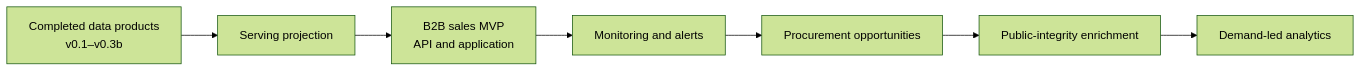
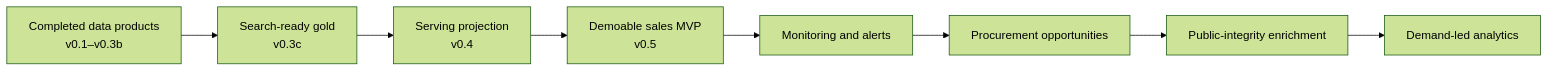
One commit to sergiorf/atlas changed the second of 2 diagrams in docs/atlas_unified_plan.md. Above: the diagram before and after it, drawn with Mermaid (forest theme). The commit also changed other lines of this file and 4 other files, not shown here.

````diff
--- a/docs/atlas_unified_plan.md
+++ b/docs/atlas_unified_plan.md
@@ -346,9 +356,10 @@
 ```mermaid
 flowchart LR
-    A["Completed data products<br/>v0.1–v0.3b"] --> B["Serving projection"]
-    B --> C["B2B sales MVP<br/>API and application"]
-    C --> D["Monitoring and alerts"]
-    D --> E["Procurement opportunities"]
-    E --> F["Public-integrity enrichment"]
-    F --> G["Demand-led analytics"]
+    A["Completed data products<br/>v0.1–v0.3b"] --> B["Search-ready gold<br/>v0.3c"]
+    B --> C["Serving projection<br/>v0.4"]
+    C --> D["Demoable sales MVP<br/>v0.5"]
+    D --> E["Monitoring and alerts"]
+    E --> F["Procurement opportunities"]
+    F --> G["Public-integrity enrichment"]
+    G --> H["Demand-led analytics"]
 ```
````
